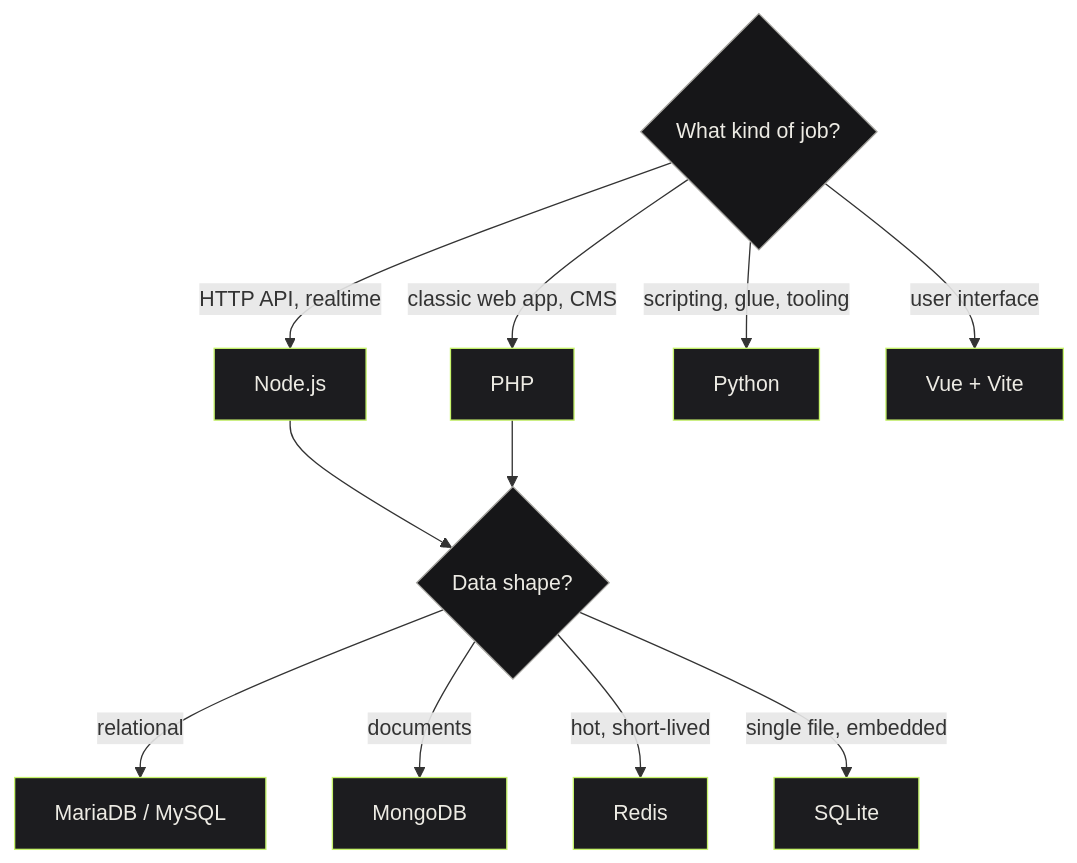
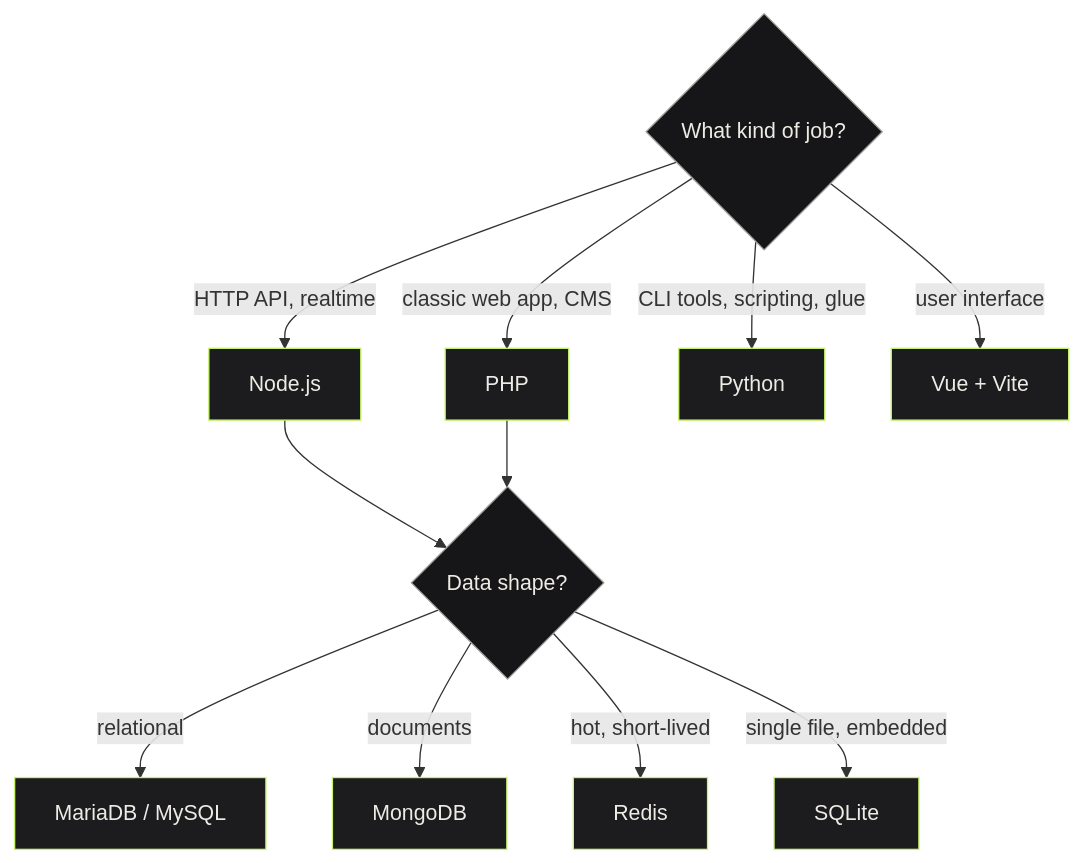
The second of 2 diagrams in README.md (maximilianfeix/maximilianfeix), drawn with Mermaid before and after one commit. The commit also changed other lines of this file and 8 other files, not shown here.

````diff
--- a/README.md
+++ b/README.md
@@ -92,19 +200,19 @@
 ```mermaid
 flowchart TD
     q{"What kind of job?"}
     q -->|"HTTP API, realtime"| n["Node.js"]
     q -->|"classic web app, CMS"| p["PHP"]
-    q -->|"scripting, glue, tooling"| py["Python"]
+    q -->|"CLI tools, scripting, glue"| py["Python"]
     q -->|"user interface"| v["Vue + Vite"]
     n --> d1{"Data shape?"}
     p --> d1
     d1 -->|"relational"| m["MariaDB / MySQL"]
     d1 -->|"documents"| mo["MongoDB"]
     d1 -->|"hot, short-lived"| r["Redis"]
     d1 -->|"single file, embedded"| s["SQLite"]
 
     classDef node fill:#1C1C1F,stroke:#C6F36B,stroke-width:1px,color:#EDEBE4
     classDef decision fill:#161618,stroke:#A3A29D,stroke-width:1px,color:#EDEBE4
     class n,p,py,v,m,mo,r,s node
     class q,d1 decision
 ```
````
